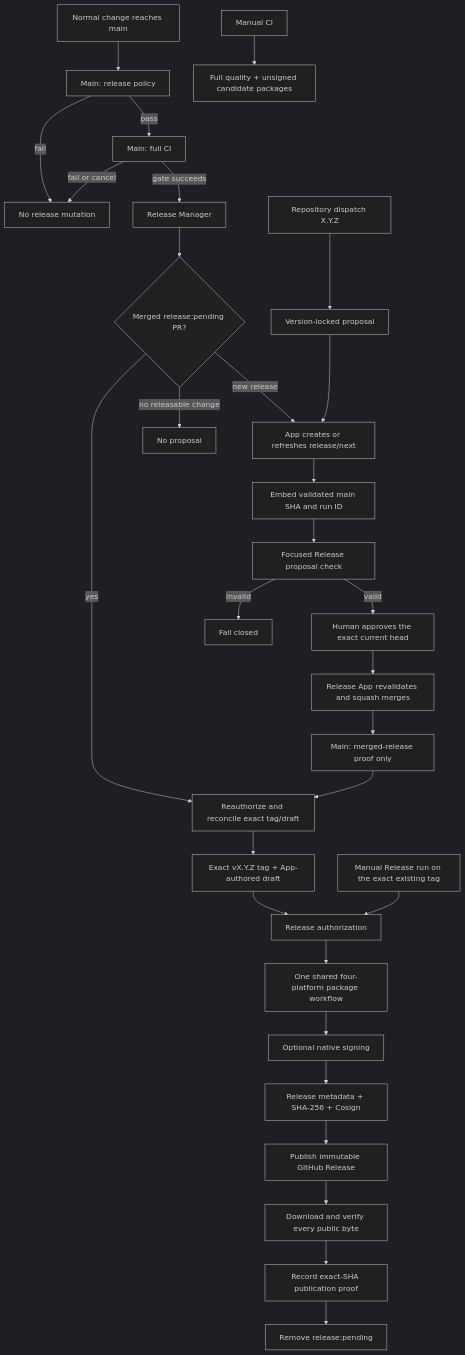
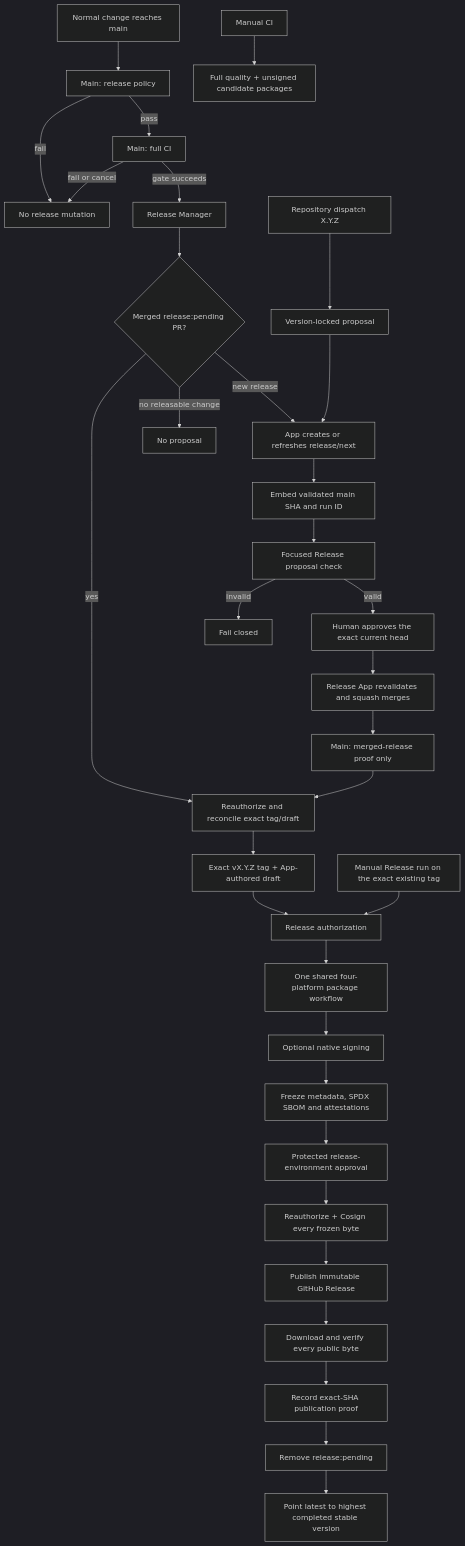
The diagram in docs/releasing.md (camellia-computing/nexus), drawn with Mermaid (dark theme) before and after one commit. The commit also changed other lines of this file and 19 other files, not shown here.

Commit message:
feat(release): freeze and verify client publication (#12)

````diff
--- a/docs/releasing.md
+++ b/docs/releasing.md
@@ -15,33 +11,36 @@
 ```mermaid
 flowchart TD
     CHANGE[Normal change reaches main] --> POLICY[Main: release policy]
     POLICY -->|fail| STOP[No release mutation]
     POLICY -->|pass| FULL[Main: full CI]
     FULL -->|fail or cancel| STOP[No release mutation]
     FULL -->|gate succeeds| MANAGER[Release Manager]
     MANAGER --> RECOVER{Merged release:pending PR?}
     RECOVER -->|yes| RECONCILE[Reauthorize and reconcile exact tag/draft]
     RECOVER -->|no releasable change| IDLE[No proposal]
     RECOVER -->|new release| PROPOSAL[App creates or refreshes release/next]
     PROPOSAL --> PROOF[Embed validated main SHA and run ID]
     PROOF --> FOCUSED[Focused Release proposal check]
     FOCUSED -->|invalid| BLOCK[Fail closed]
     FOCUSED -->|valid| REVIEW[Human approves the exact current head]
     REVIEW --> SQUASH[Release App revalidates and squash merges]
     SQUASH --> MERGED[Main: merged-release proof only]
     MERGED --> RECONCILE
     RECONCILE --> TAG[Exact vX.Y.Z tag + App-authored draft]
     TAG --> AUTHORIZE[Release authorization]
     AUTHORIZE --> PACKAGES[One shared four-platform package workflow]
     RETRY[Manual Release run on the exact existing tag] --> AUTHORIZE
     PACKAGES --> NATIVE[Optional native signing]
-    NATIVE --> SUPPLY[Release metadata + SHA-256 + Cosign]
+    NATIVE --> EVIDENCE[Freeze metadata, SPDX SBOM and attestations]
+    EVIDENCE --> APPROVE[Protected release-environment approval]
+    APPROVE --> SUPPLY[Reauthorize + Cosign every frozen byte]
     SUPPLY --> PUBLIC[Publish immutable GitHub Release]
     PUBLIC --> READBACK[Download and verify every public byte]
     READBACK --> DONE[Record exact-SHA publication proof]
     DONE --> COMPLETE[Remove release:pending]
+    COMPLETE --> LATEST[Point latest to highest completed stable version]
 
     MANUAL[Manual CI] --> CANDIDATE[Full quality + unsigned candidate packages]
     EXACT[Repository dispatch X.Y.Z] --> LOCK[Version-locked proposal]
     LOCK --> PROPOSAL
 ```
````
